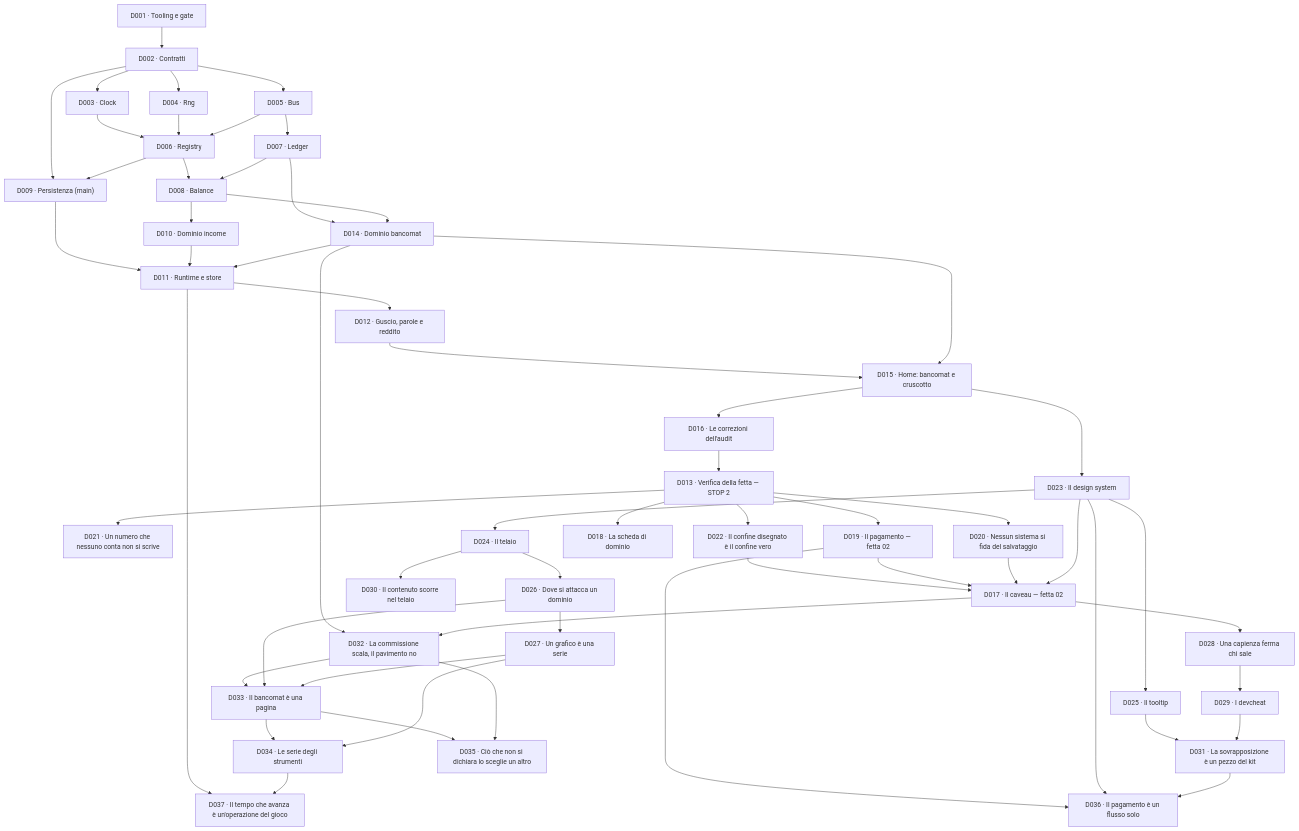
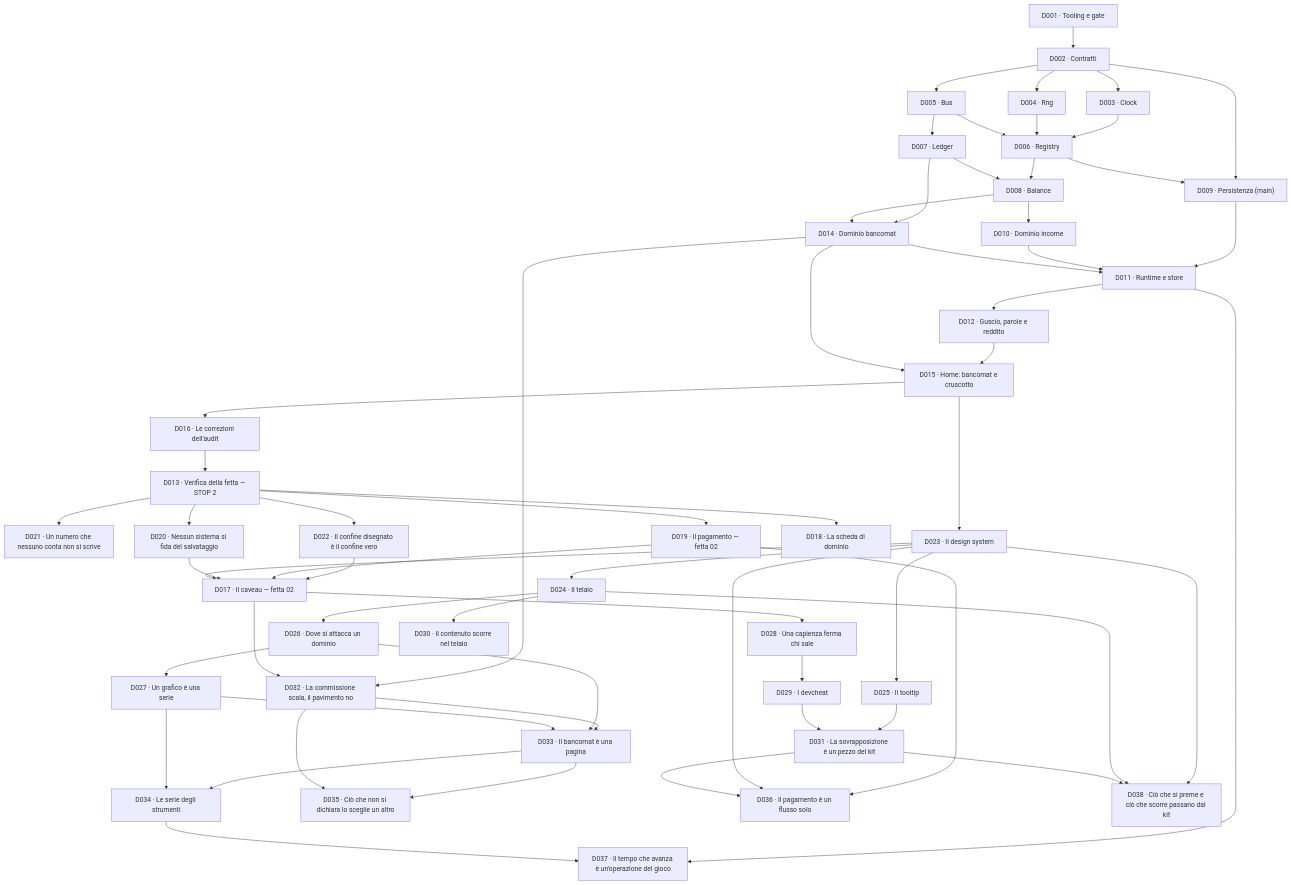
The diagram in docs/delega/README.md (devfrx/solvent), drawn with Mermaid before and after one commit. The commit also changed other lines of this file and 32 other files, not shown here.

````diff
--- a/docs/delega/README.md
+++ b/docs/delega/README.md
@@ -74,59 +74,62 @@
 ```mermaid
 flowchart TD
   D001["D001 · Tooling e gate"] --> D002["D002 · Contratti"]
   D002 --> D003["D003 · Clock"]
   D002 --> D004["D004 · Rng"]
   D002 --> D005["D005 · Bus"]
   D003 --> D006["D006 · Registry"]
   D004 --> D006
   D005 --> D006
   D005 --> D007["D007 · Ledger"]
   D006 --> D008["D008 · Balance"]
   D007 --> D008
   D002 --> D009["D009 · Persistenza (main)"]
   D006 --> D009
   D008 --> D010["D010 · Dominio income"]
   D007 --> D014["D014 · Dominio bancomat"]
   D008 --> D014
   D009 --> D011["D011 · Runtime e store"]
   D010 --> D011
   D014 --> D011
   D011 --> D012["D012 · Guscio, parole e reddito"]
   D012 --> D015["D015 · Home: bancomat e cruscotto"]
   D014 --> D015
   D015 --> D016["D016 · Le correzioni dell'audit"]
   D016 --> D013["D013 · Verifica della fetta — STOP 2"]
   D013 --> D021["D021 · Un numero che nessuno conta non si scrive"]
   D013 --> D022["D022 · Il confine disegnato è il confine vero"]
   D022 --> D017
   D013 --> D019["D019 · Il pagamento — fetta 02"]
   D013 --> D020["D020 · Nessun sistema si fida del salvataggio"]
   D015 --> D023["D023 · Il design system"]
   D019 --> D017["D017 · Il caveau — fetta 02"]
   D020 --> D017
   D023 --> D017
   D013 --> D018["D018 · La scheda di dominio"]
   D023 --> D024["D024 · Il telaio"]
   D023 --> D025["D025 · Il tooltip"]
   D024 --> D026["D026 · Dove si attacca un dominio"]
   D026 --> D027["D027 · Un grafico è una serie"]
   D017 --> D028["D028 · Una capienza ferma chi sale"]
   D028 --> D029["D029 · I devcheat"]
   D024 --> D030["D030 · Il contenuto scorre nel telaio"]
   D025 --> D031["D031 · La sovrapposizione è un pezzo del kit"]
   D029 --> D031
   D014 --> D032["D032 · La commissione scala, il pavimento no"]
   D017 --> D032
   D032 --> D033["D033 · Il bancomat è una pagina"]
   D026 --> D033
   D027 --> D033
   D033 --> D034["D034 · Le serie degli strumenti"]
   D027 --> D034
   D033 --> D035["D035 · Ciò che non si dichiara lo sceglie un altro"]
   D032 --> D035
   D019 --> D036["D036 · Il pagamento è un flusso solo"]
   D023 --> D036
   D031 --> D036
   D011 --> D037["D037 · Il tempo che avanza è un'operazione del gioco"]
   D034 --> D037
+  D023 --> D038["D038 · Ciò che si preme e ciò che scorre passano dal kit"]
+  D024 --> D038
+  D031 --> D038
 ```
````
